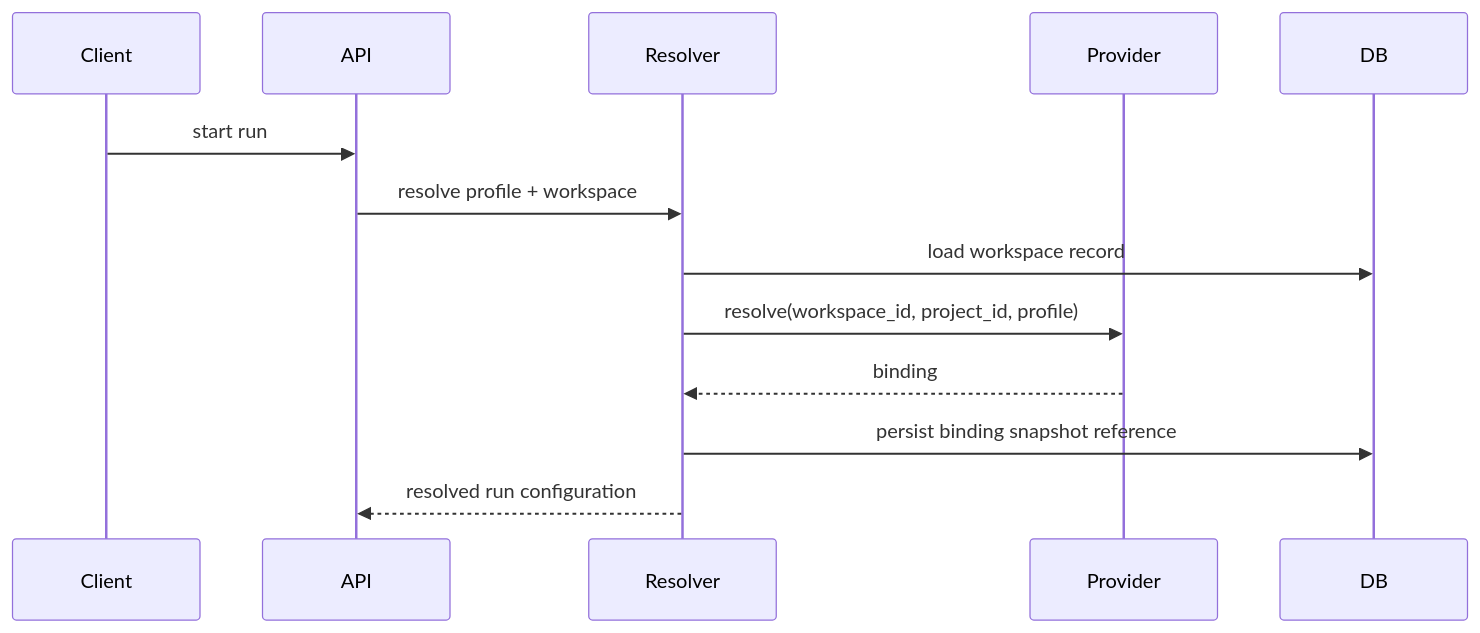
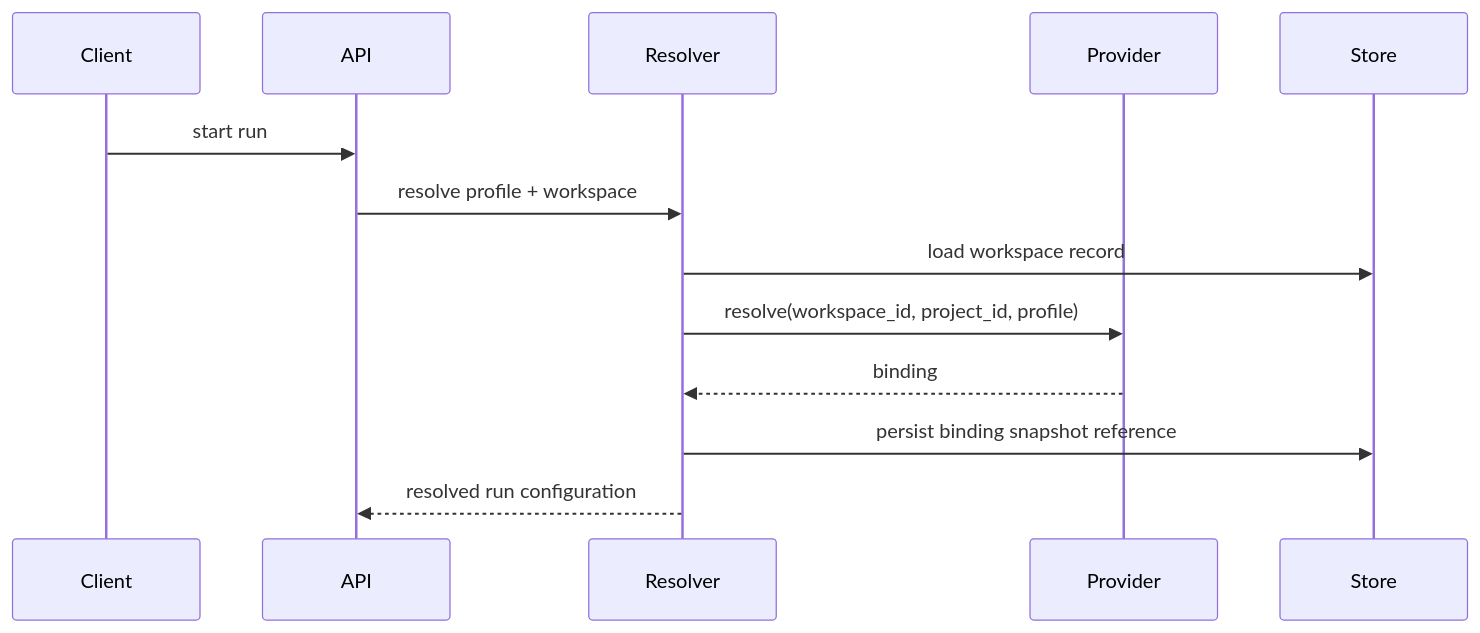
The second of 2 diagrams in packages/ya-claw/spec/01-configuration-and-workspace-provider.md (Wh1isper/ya-mono), drawn with Mermaid before and after one commit. The commit also changed other lines of this file and 33 other files, not shown here.

````diff
--- a/packages/ya-claw/spec/01-configuration-and-workspace-provider.md
+++ b/packages/ya-claw/spec/01-configuration-and-workspace-provider.md
@@ -133,16 +127,16 @@
 ```mermaid
 sequenceDiagram
     participant Client
     participant API
     participant Resolver
     participant Provider
-    participant DB
+    participant Store
 
     Client->>API: start run
     API->>Resolver: resolve profile + workspace
-    Resolver->>DB: load workspace record
+    Resolver->>Store: load workspace record
     Resolver->>Provider: resolve(workspace_id, project_id, profile)
     Provider-->>Resolver: binding
-    Resolver->>DB: persist binding snapshot reference
+    Resolver->>Store: persist binding snapshot reference
     Resolver-->>API: resolved run configuration
 ```
````
